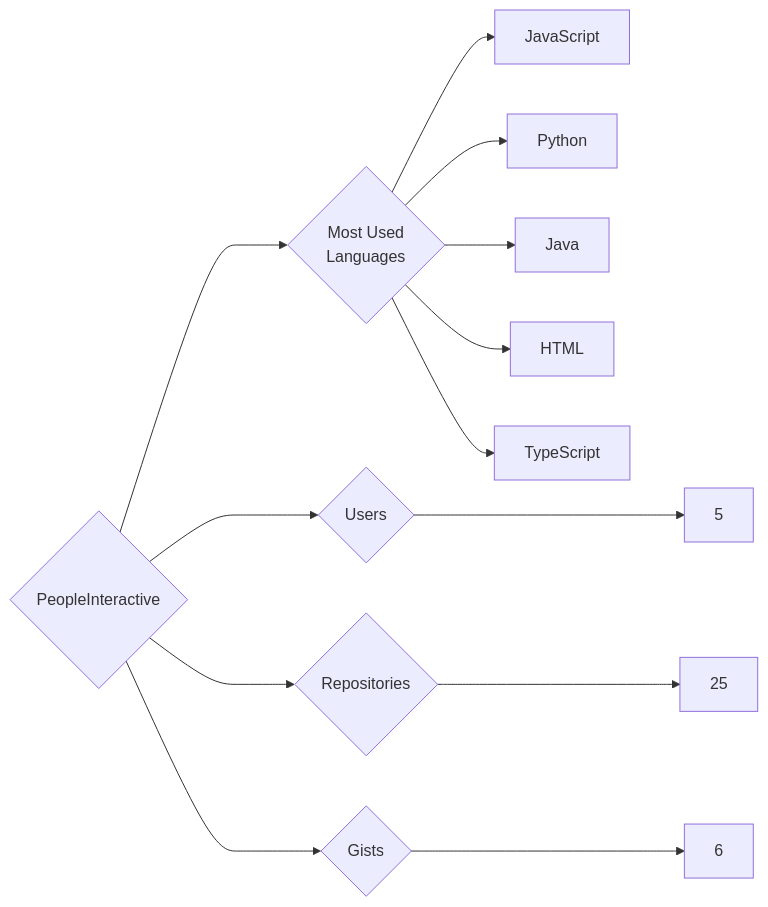
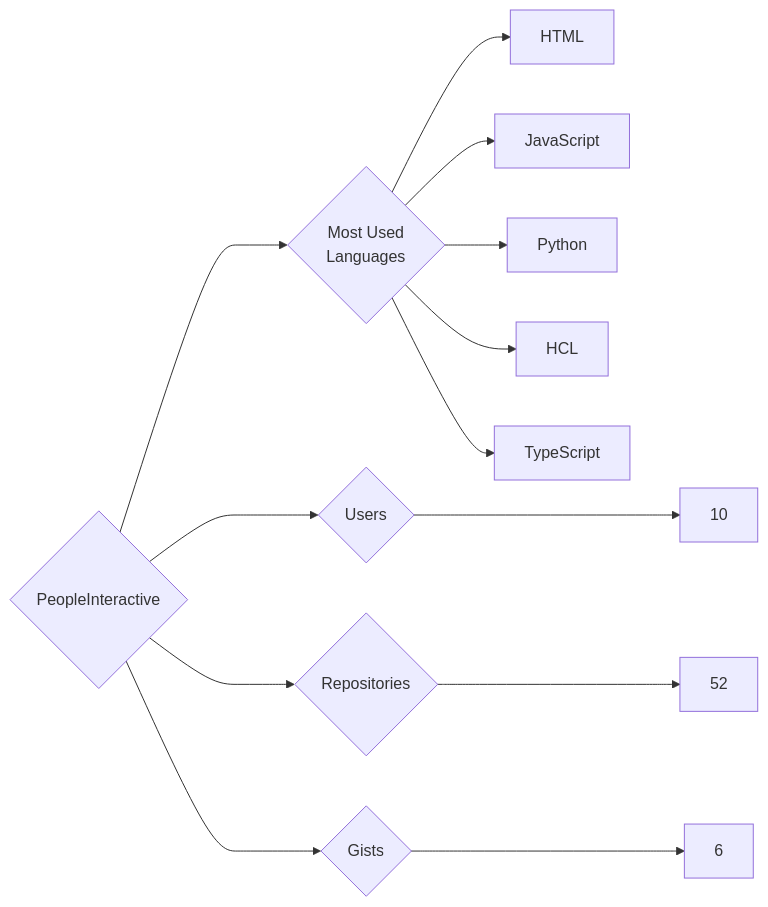
One commit to trickest/insiders changed the diagram in targets/PeopleInteractive/README.md. Above: the diagram before and after it, drawn with Mermaid. The commit also changed 814 other files, not shown here.

````diff
--- a/targets/PeopleInteractive/README.md
+++ b/targets/PeopleInteractive/README.md
@@ -3,13 +3,13 @@
 ```mermaid
 graph LR
 COMPANY_NAME{PeopleInteractive}
-COMPANY_NAME ---> U{Users} ---> UN[5]
-COMPANY_NAME ---> R{Repositories} ---> RN[25]
+COMPANY_NAME ---> U{Users} ---> UN[10]
+COMPANY_NAME ---> R{Repositories} ---> RN[52]
 COMPANY_NAME ---> G{Gists} ---> GN[6]
 COMPANY_NAME ---> ML{Most Used<br>Languages}
+ML --> HTML[HTML]
 ML --> JavaScript[JavaScript]
 ML --> Python[Python]
-ML --> Java[Java]
-ML --> HTML[HTML]
+ML --> HCL[HCL]
 ML --> TypeScript[TypeScript]
 ```
````
